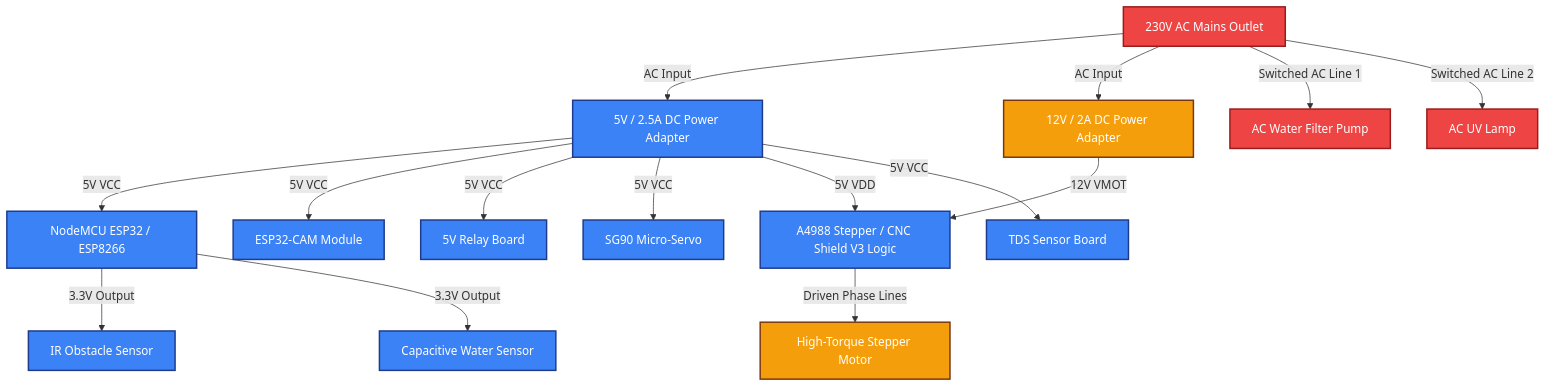
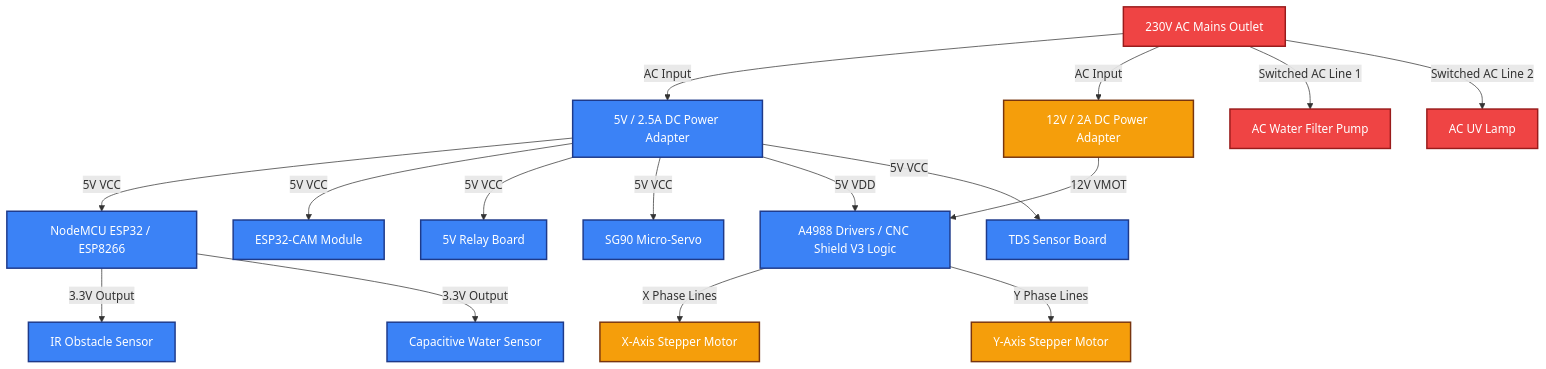
The first of 2 diagrams in PARTS.md (anjanadulan/Smart-Aqua-Manage-Bot), drawn with Mermaid before and after one commit. The commit also changed other lines of this file and 4 other files, not shown here.

Commit message:
feat: upgrade glass cleaner to 2-axis CNC brush gantry and remove floating ring

````diff
--- a/PARTS.md
+++ b/PARTS.md
@@ -12,47 +12,49 @@
 ```mermaid
 graph TD
     %% Styling Nodes
     classDef highVoltage fill:#ef4444,stroke:#991b1b,stroke-width:2px,color:#fff;
     classDef logicPower fill:#3b82f6,stroke:#1e3a8a,stroke-width:2px,color:#fff;
     classDef motorPower fill:#f59e0b,stroke:#78350f,stroke-width:2px,color:#fff;
     classDef hardware fill:#10b981,stroke:#065f46,stroke-width:2px,color:#fff;
 
     %% Power Source Nodes
     AC[230V AC Mains Outlet]:::highVoltage
     PSU_DC5V[5V / 2.5A DC Power Adapter]:::logicPower
     PSU_DC12V[12V / 2A DC Power Adapter]:::motorPower
 
     %% Low Voltage Devices
     NodeMCU[NodeMCU ESP32 / ESP8266]:::logicPower
     ESP32_CAM[ESP32-CAM Module]:::logicPower
     RelayBoard[5V Relay Board]:::logicPower
-    StepperDriver[A4988 Stepper / CNC Shield V3 Logic]:::logicPower
+    StepperDriver[A4988 Drivers / CNC Shield V3 Logic]:::logicPower
     SG90[SG90 Micro-Servo]:::logicPower
     IRSensor[IR Obstacle Sensor]:::logicPower
     CapWater[Capacitive Water Sensor]:::logicPower
     TDSSensor[TDS Sensor Board]:::logicPower
 
     %% High Power Devices
-    StepperMotor[High-Torque Stepper Motor]:::motorPower
+    StepperMotorX[X-Axis Stepper Motor]:::motorPower
+    StepperMotorY[Y-Axis Stepper Motor]:::motorPower
     FilterPump[AC Water Filter Pump]:::highVoltage
     UVSterilizer[AC UV Lamp]:::highVoltage
 
     %% Connections
     AC -->|AC Input| PSU_DC5V
     AC -->|AC Input| PSU_DC12V
     AC -->|Switched AC Line 1| FilterPump
     AC -->|Switched AC Line 2| UVSterilizer
 
     PSU_DC5V -->|5V VCC| NodeMCU
     PSU_DC5V -->|5V VCC| ESP32_CAM
     PSU_DC5V -->|5V VCC| RelayBoard
     PSU_DC5V -->|5V VCC| SG90
     PSU_DC5V -->|5V VDD| StepperDriver
     PSU_DC5V -->|5V VCC| TDSSensor
 
     PSU_DC12V -->|12V VMOT| StepperDriver
-    StepperDriver -->|Driven Phase Lines| StepperMotor
+    StepperDriver -->|X Phase Lines| StepperMotorX
+    StepperDriver -->|Y Phase Lines| StepperMotorY
 
     NodeMCU -->|3.3V Output| IRSensor
     NodeMCU -->|3.3V Output| CapWater
 ```
````
